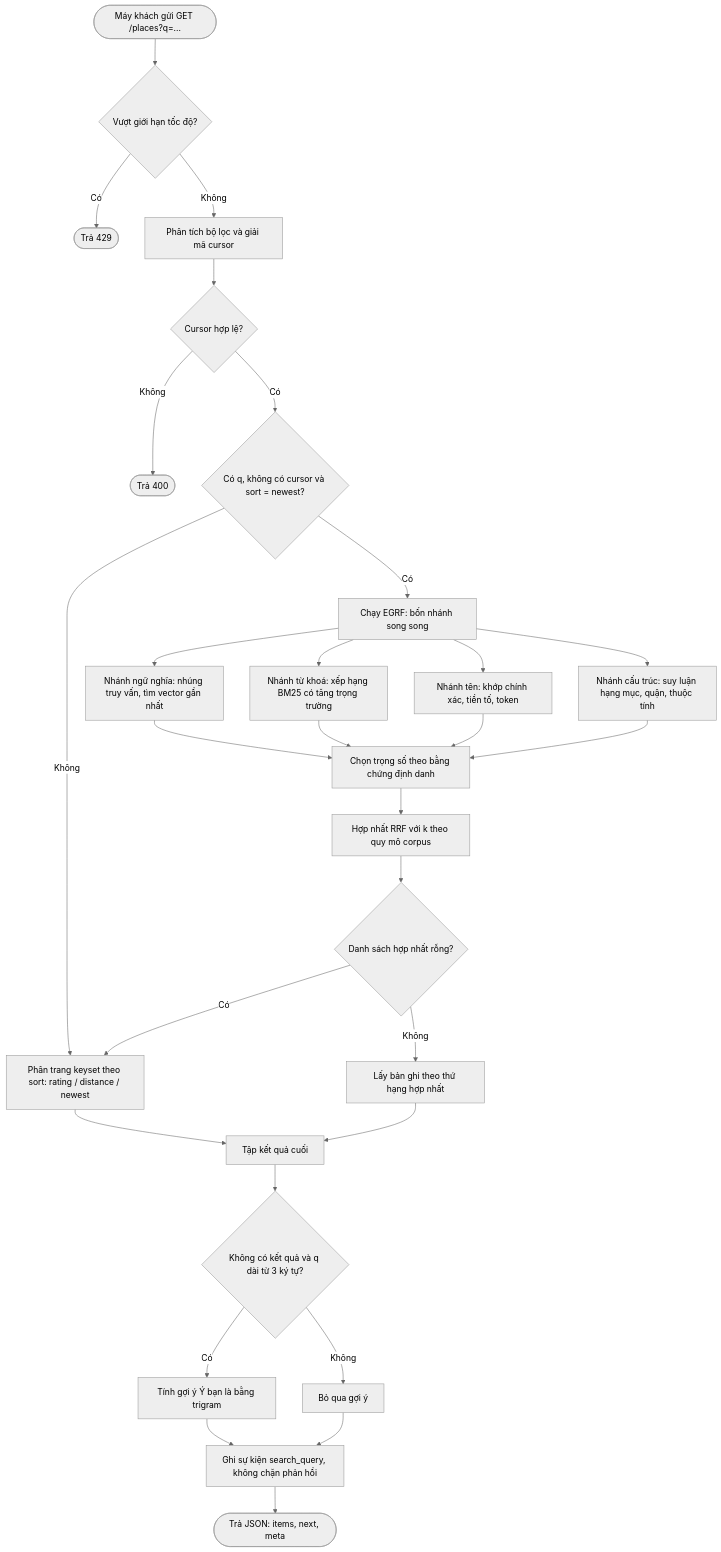
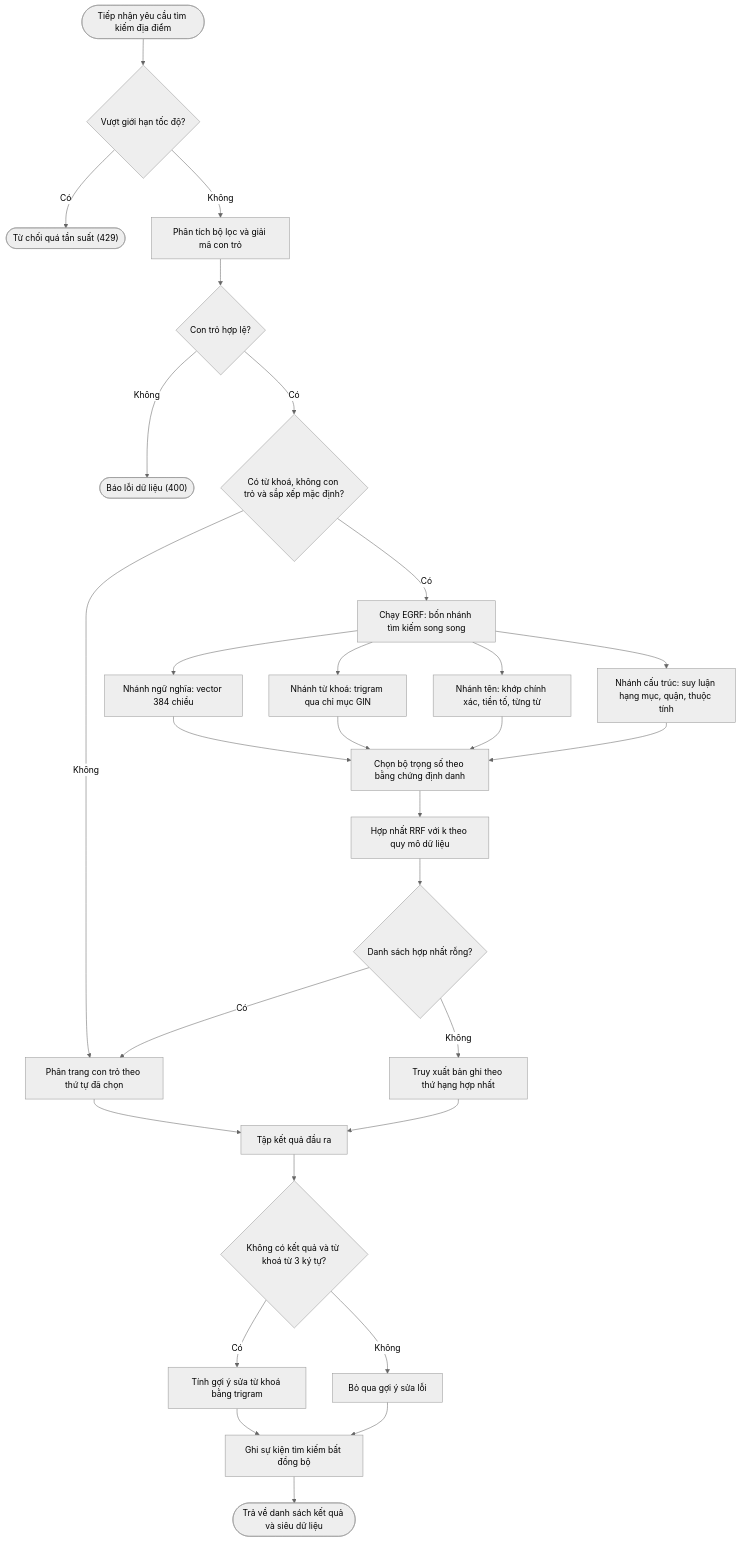
Before and after one commit to longqt321/Rendez-PBL6: diagram 11 of 24 in docs/bao-cao/BAO-CAO-DO-AN.md, drawn with Mermaid (neutral theme). The commit also changed other lines of this file and 71 other files, not shown here.

Commit message:
feat(schema,backend): complete UX API features, role isolation, and submissions

````diff
--- a/docs/bao-cao/BAO-CAO-DO-AN.md
+++ b/docs/bao-cao/BAO-CAO-DO-AN.md
@@ -833,31 +974,31 @@
 ```mermaid
 flowchart TD
-    A(["Máy khách gửi GET /places?q=..."]) --> B{"Vượt giới hạn tốc độ?"}
-    B -->|Có| B1(["Trả 429"])
-    B -->|Không| C["Phân tích bộ lọc và giải mã cursor"]
-    C --> D{"Cursor hợp lệ?"}
-    D -->|Không| D1(["Trả 400"])
-    D -->|Có| E{"Có q, không có cursor và sort = newest?"}
-    E -->|Không| F["Phân trang keyset theo sort: rating / distance / newest"]
-    E -->|Có| G["Chạy EGRF: bốn nhánh song song"]
-    G --> G1["Nhánh ngữ nghĩa: nhúng truy vấn, tìm vector gần nhất"]
-    G --> G2["Nhánh từ khoá: xếp hạng BM25 có tăng trọng trường"]
-    G --> G3["Nhánh tên: khớp chính xác, tiền tố, token"]
+    A(["Tiếp nhận yêu cầu tìm kiếm địa điểm"]) --> B{"Vượt giới hạn tốc độ?"}
+    B -->|Có| B1(["Từ chối quá tần suất (429)"])
+    B -->|Không| C["Phân tích bộ lọc và giải mã con trỏ"]
+    C --> D{"Con trỏ hợp lệ?"}
+    D -->|Không| D1(["Báo lỗi dữ liệu (400)"])
+    D -->|Có| E{"Có từ khoá, không con trỏ và sắp xếp mặc định?"}
+    E -->|Không| F["Phân trang con trỏ theo thứ tự đã chọn"]
+    E -->|Có| G["Chạy EGRF: bốn nhánh tìm kiếm song song"]
+    G --> G1["Nhánh ngữ nghĩa: vector 384 chiều"]
+    G --> G2["Nhánh từ khoá: trigram qua chỉ mục GIN"]
+    G --> G3["Nhánh tên: khớp chính xác, tiền tố, từng từ"]
     G --> G4["Nhánh cấu trúc: suy luận hạng mục, quận, thuộc tính"]
-    G1 --> H["Chọn trọng số theo bằng chứng định danh"]
+    G1 --> H["Chọn bộ trọng số theo bằng chứng định danh"]
     G2 --> H
     G3 --> H
     G4 --> H
-    H --> I["Hợp nhất RRF với k theo quy mô corpus"]
+    H --> I["Hợp nhất RRF với k theo quy mô dữ liệu"]
     I --> J{"Danh sách hợp nhất rỗng?"}
     J -->|Có| F
-    J -->|Không| K["Lấy bản ghi theo thứ hạng hợp nhất"]
-    F --> L["Tập kết quả cuối"]
+    J -->|Không| K["Truy xuất bản ghi theo thứ hạng hợp nhất"]
+    F --> L["Tập kết quả đầu ra"]
     K --> L
-    L --> M{"Không có kết quả và q dài từ 3 ký tự?"}
-    M -->|Có| M1["Tính gợi ý Ý bạn là bằng trigram"]
-    M -->|Không| N["Bỏ qua gợi ý"]
-    M1 --> O["Ghi sự kiện search_query, không chặn phản hồi"]
+    L --> M{"Không có kết quả và từ khoá từ 3 ký tự?"}
+    M -->|Có| M1["Tính gợi ý sửa từ khoá bằng trigram"]
+    M -->|Không| N["Bỏ qua gợi ý sửa lỗi"]
+    M1 --> O["Ghi sự kiện tìm kiếm bất đồng bộ"]
     N --> O
-    O --> P(["Trả JSON: items, next, meta"])
+    O --> P(["Trả về danh sách kết quả và siêu dữ liệu"])
 ```
````
